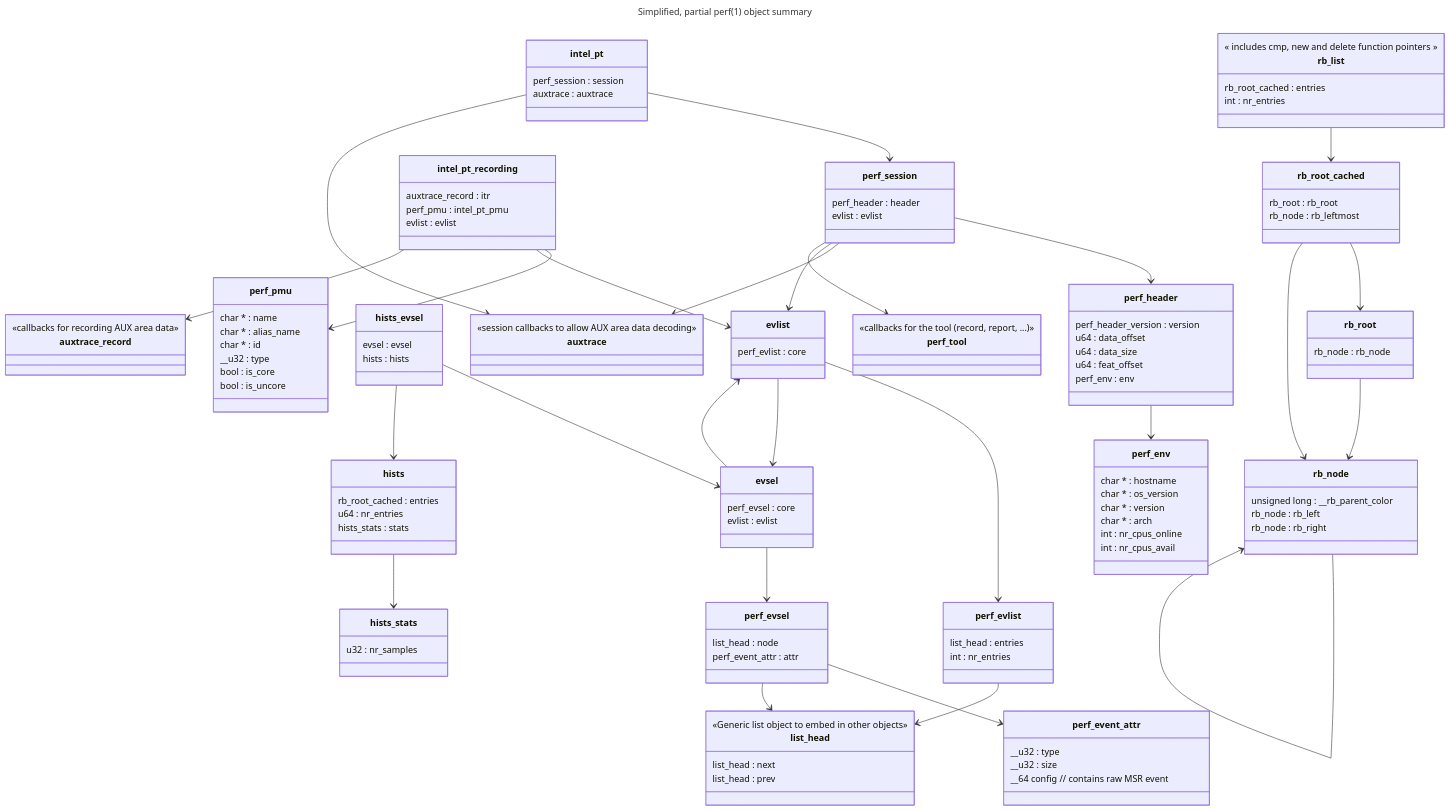
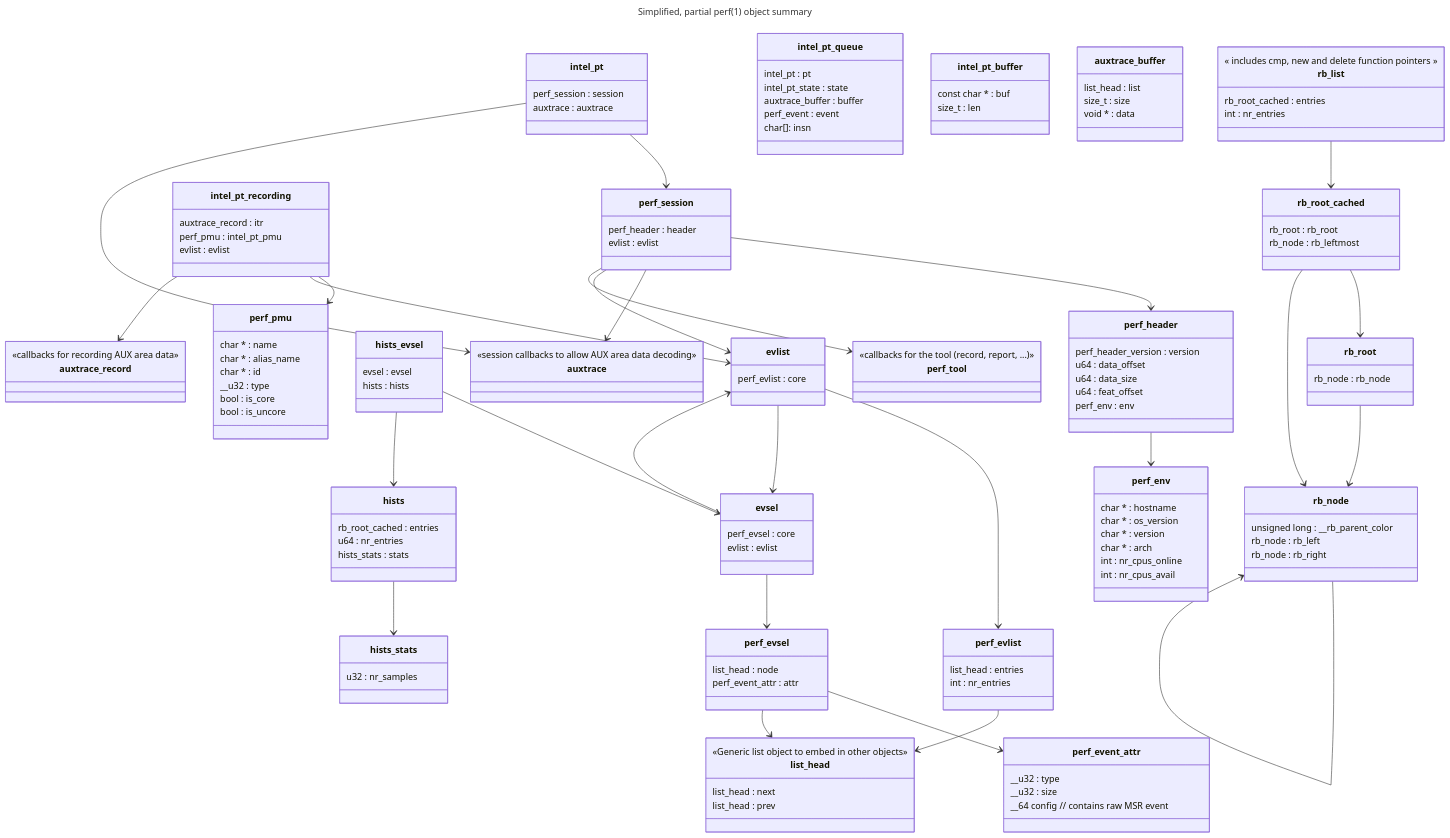
The diagram in mermaid-classes-2.md (jamesodhunt/foo), drawn with Mermaid before and after one commit.

```diff
--- a/mermaid-classes-2.md
+++ b/mermaid-classes-2.md
@@ -61,6 +61,27 @@
     class intel_pt {
       perf_session : session
       auxtrace : auxtrace      
+    }
+
+    class intel_pt_queue {
+      intel_pt : pt
+      intel_pt_state : state
+      auxtrace_buffer : buffer
+      perf_event : event
+      char[]: insn
+    }
+
+    class intel_pt_buffer {
+      const char * : buf
+      size_t : len
+      
+    }
+
+    class auxtrace_buffer {
+      list_head : list
+      size_t : size
+      void * : data
+
     }
 
     class intel_pt_recording {
```
